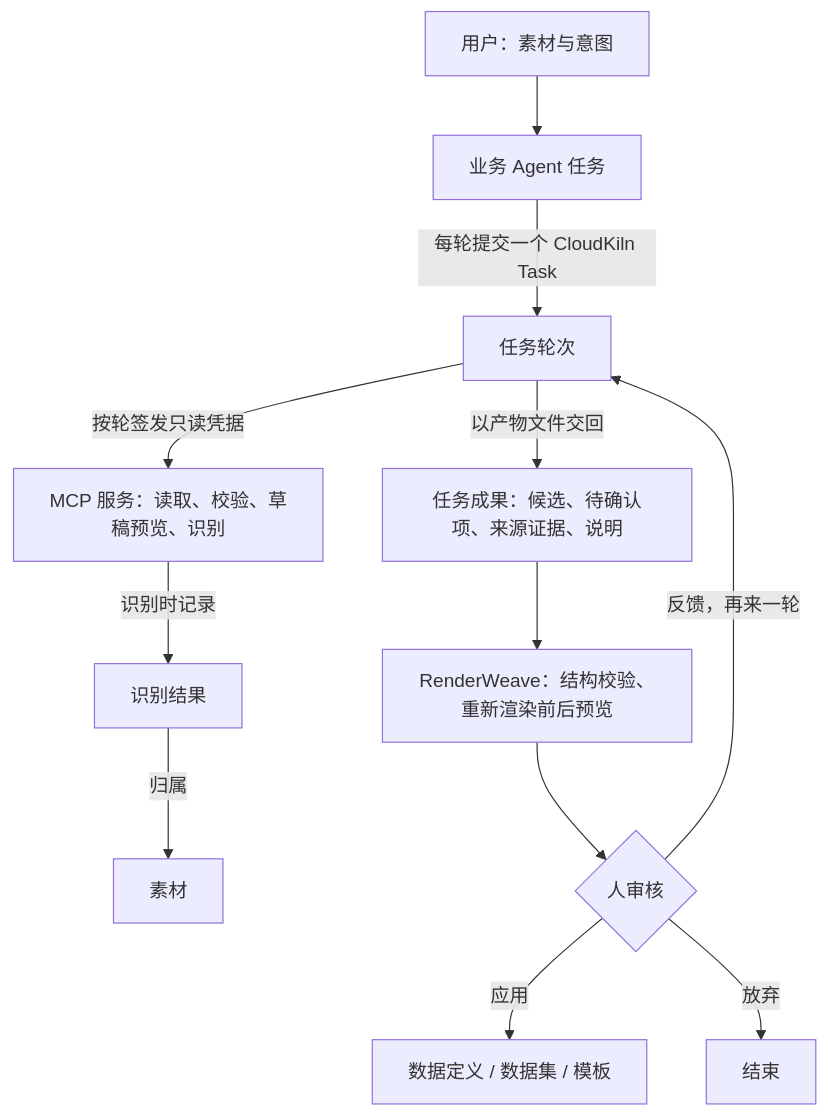
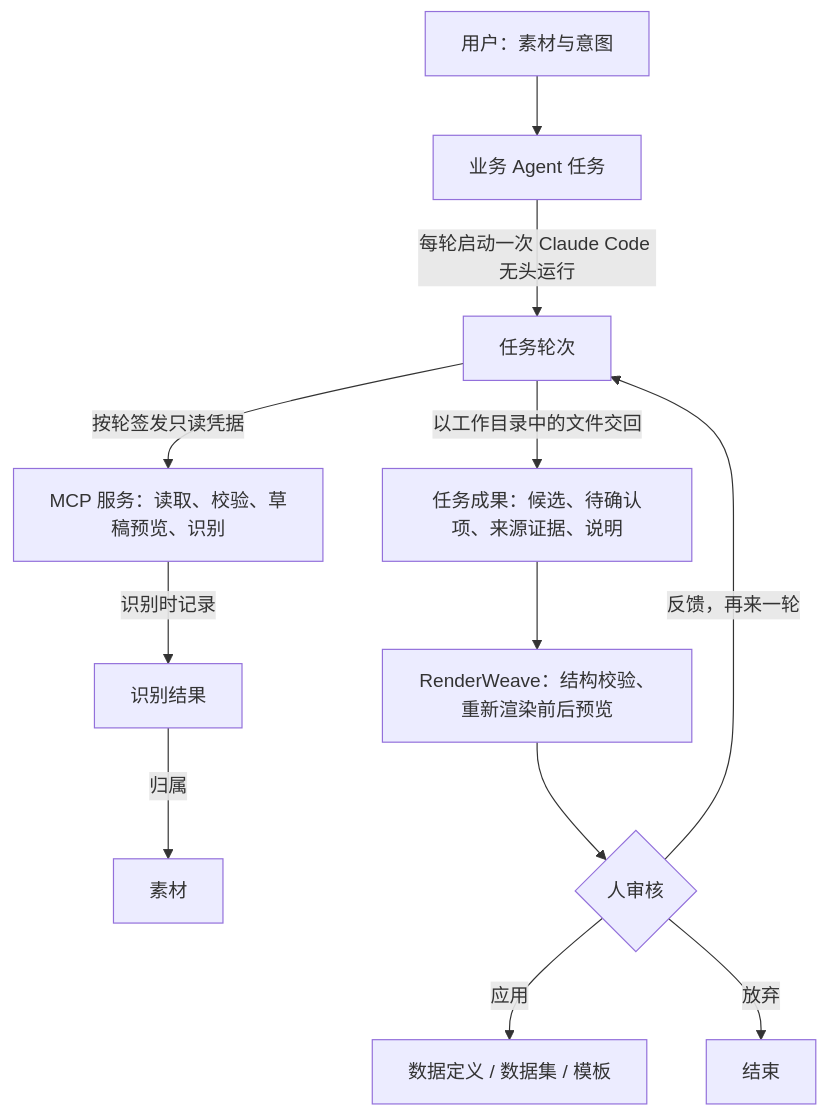
One commit to yiwer/render-weave changed the second of 2 diagrams in docs/model/business-entities.md. Above: the diagram before and after it, drawn with Mermaid. The commit also changed other lines of this file and 13 other files, not shown here.

First line of the commit message:
docs: ADR-0015 取代 CloudKiln 方案，领域约定复测与模板生成首测（M212–M214）

````diff
--- a/docs/model/business-entities.md
+++ b/docs/model/business-entities.md
@@ -131,14 +131,14 @@
 ```mermaid
 flowchart TD
     U["用户：素材与意图"] --> AT["业务 Agent 任务"]
-    AT -->|"每轮提交一个 CloudKiln Task"| R["任务轮次"]
+    AT -->|"每轮启动一次 Claude Code 无头运行"| R["任务轮次"]
     R -->|"按轮签发只读凭据"| MCP["MCP 服务：读取、校验、草稿预览、识别"]
     MCP -->|"识别时记录"| OCR["识别结果"]
     OCR -->|归属| SM["素材"]
-    R -->|"以产物文件交回"| OUT["任务成果：候选、待确认项、来源证据、说明"]
+    R -->|"以工作目录中的文件交回"| OUT["任务成果：候选、待确认项、来源证据、说明"]
     OUT --> CHK["RenderWeave：结构校验、重新渲染前后预览"]
     CHK --> REV{"人审核"}
     REV -->|"反馈，再来一轮"| R
     REV -->|应用| REAL["数据定义 / 数据集 / 模板"]
     REV -->|放弃| END["结束"]
 ```
````
